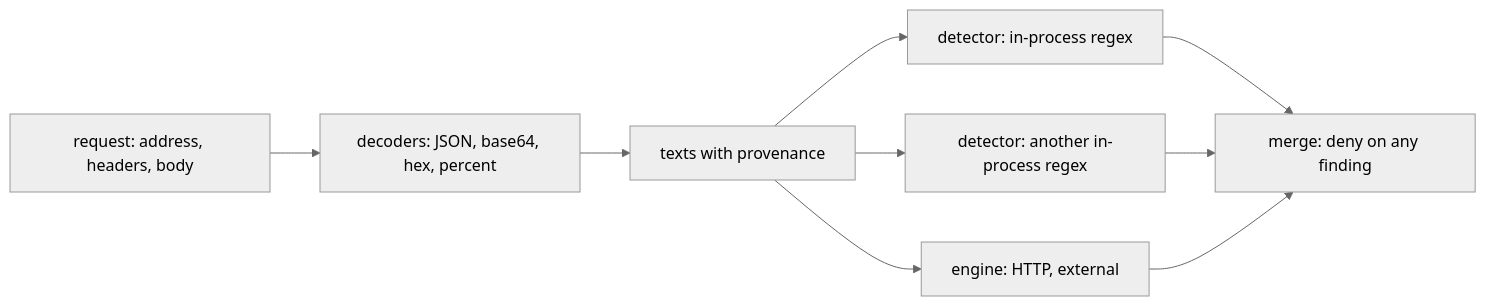
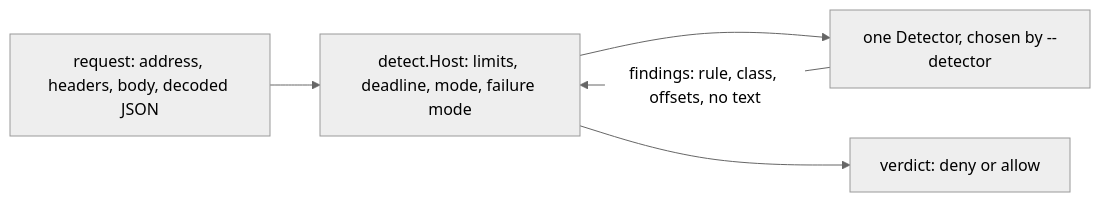
The diagram in projects/platform-factory/substrate/egress-scan/DESIGN-detectors.md (jomcgi-org/homelab), drawn with Mermaid (neutral theme) before and after one commit. The commit also changed other lines of this file and 30 other files, not shown here.

````diff
--- a/projects/platform-factory/substrate/egress-scan/DESIGN-detectors.md
+++ b/projects/platform-factory/substrate/egress-scan/DESIGN-detectors.md
@@ -188,11 +194,7 @@
 ```mermaid
 flowchart LR
-  I["request: address, headers, body"] --> D["decoders: JSON, base64, hex, percent"]
-  D --> T["texts with provenance"]
-  T --> A["detector: in-process regex"]
-  T --> B["detector: another in-process regex"]
-  T --> E["engine: HTTP, external"]
-  A --> M["merge: deny on any finding"]
-  B --> M
-  E --> M
+  I["request: address, headers, body, decoded JSON"] --> H["detect.Host: limits, deadline, mode, failure mode"]
+  H --> D["one Detector, chosen by --detector"]
+  D -- "findings: rule, class, offsets, no text" --> H
+  H --> V["verdict: deny or allow"]
 ```
````
